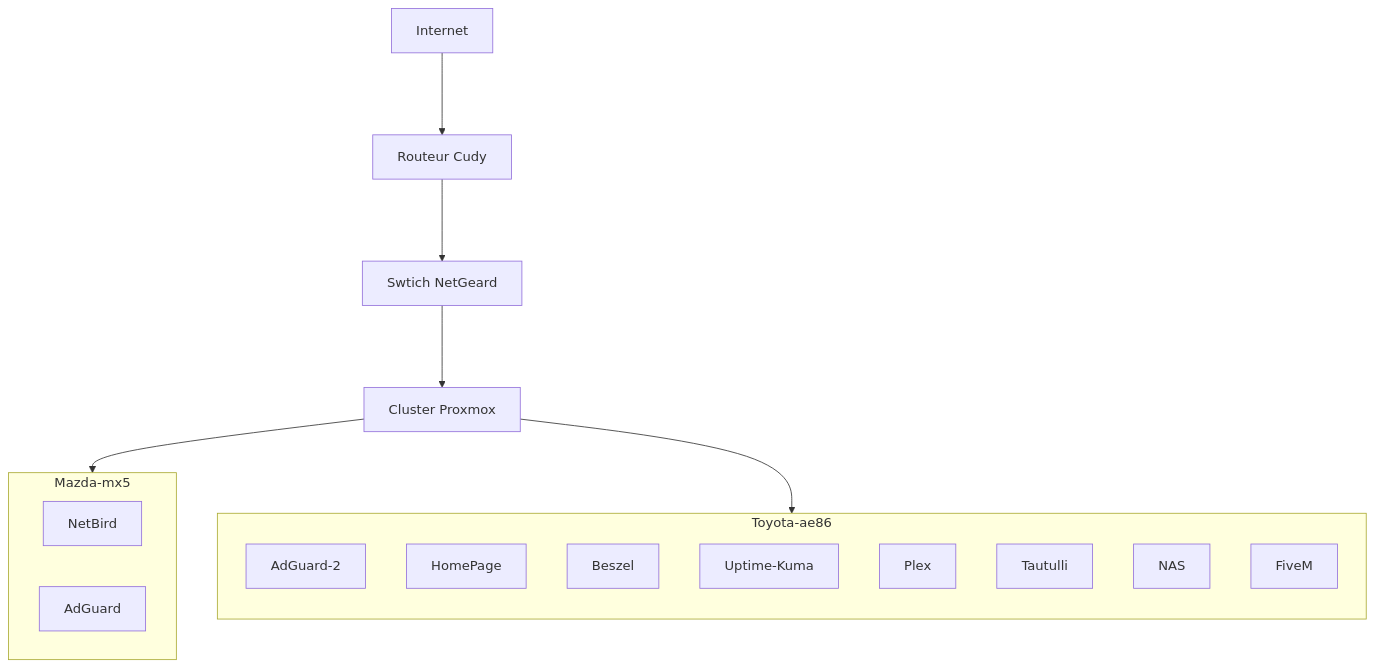
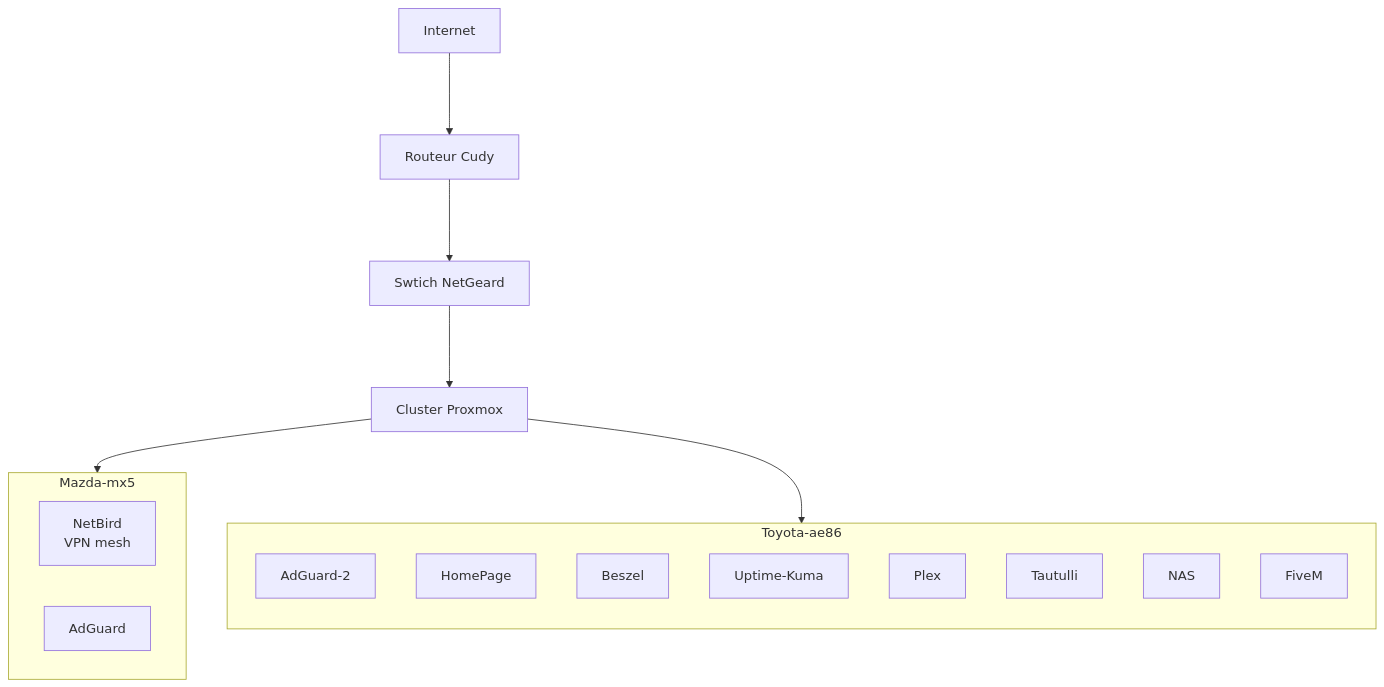
One commit to snoyy-i/snoyy-i changed the diagram in README.md. Above: the diagram before and after it, drawn with Mermaid.

````diff
--- a/README.md
+++ b/README.md
@@ -2,30 +2,30 @@
 ```mermaid
 graph TD
      A[Internet]
      B[Routeur Cudy]
      C[Swtich NetGeard]
      D[Cluster Proxmox]
 
 subgraph Mazda-mx5
-     G[NetBird]
+     G[NetBird<br/>VPN mesh]
      H[AdGuard]
 end
 
 subgraph Toyota-ae86
      direction TB
      I[AdGuard-2]
      J[HomePage]
      K[Beszel]
      L[Uptime-Kuma]
      M[Plex]
      N[Tautulli]
      O[NAS]
      P[FiveM]
 end
 
      A--->B
      B--->C
      C--->D
      D --> Mazda-mx5
      D --> Toyota-ae86
 ```
````
